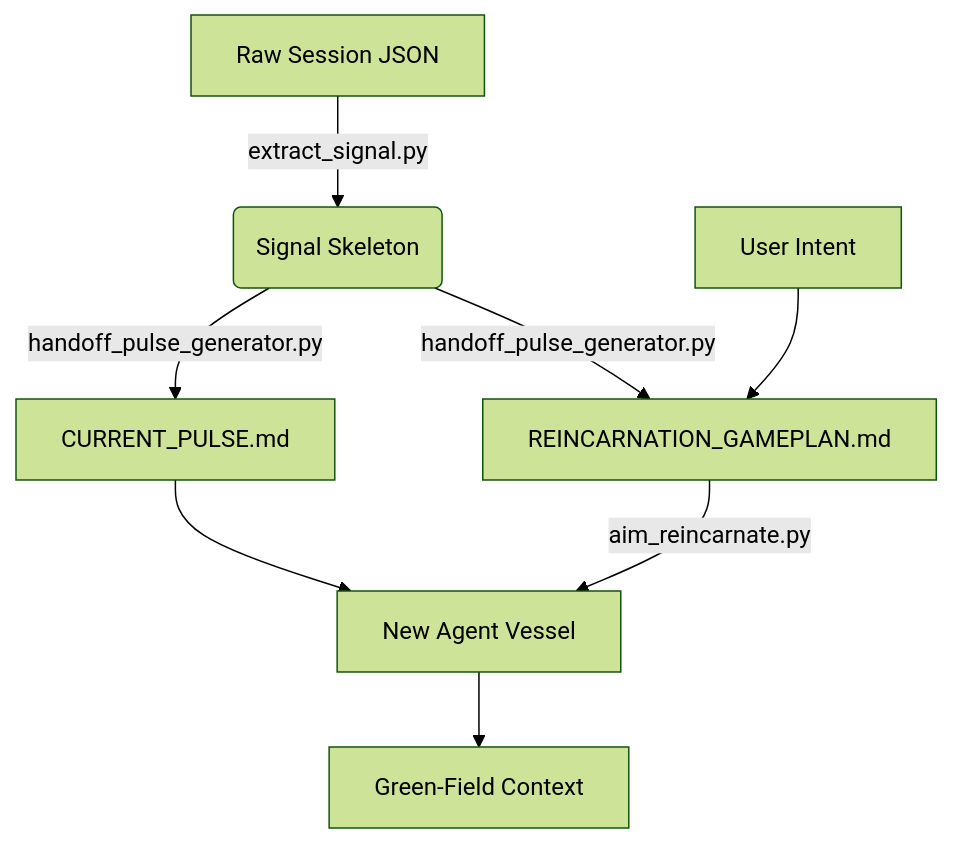
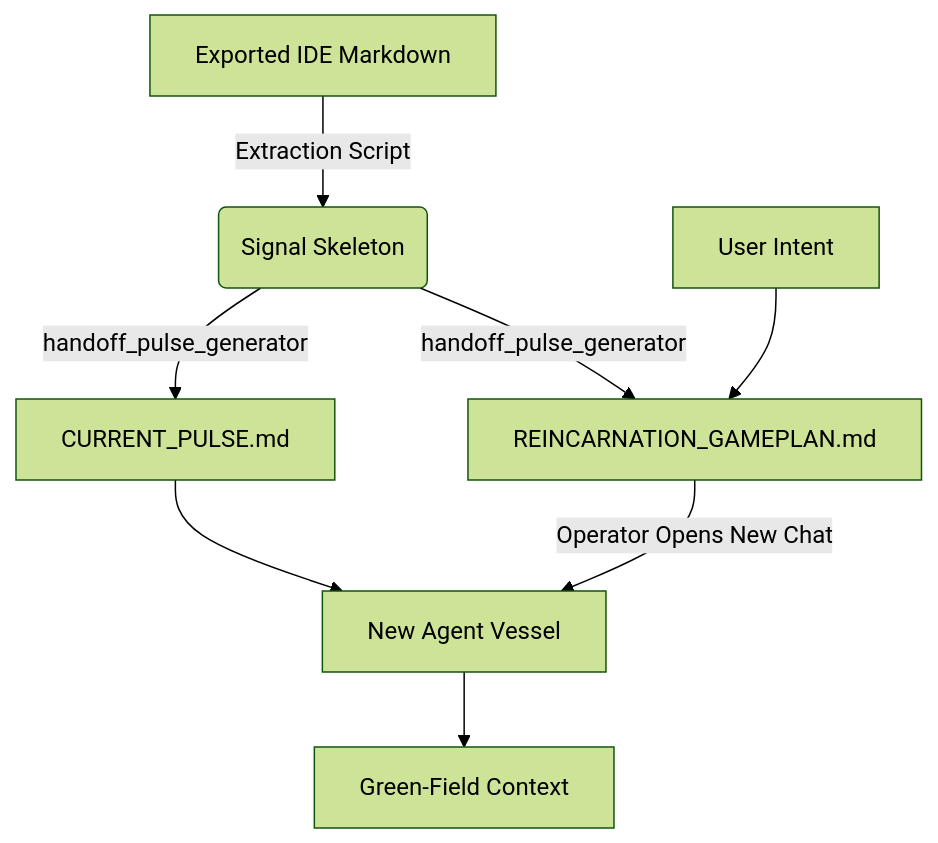
The diagram in antigravity.wiki/Reincarnation-Map.md (BrianV1981/aim-antigravity), drawn with Mermaid (forest theme) before and after one commit. The commit also changed other lines of this file, not shown here.

Commit message:
docs: rewrite Reincarnation Map highlighting the IDE File-Based handoffs over legacy tmux

````diff
--- a/antigravity.wiki/Reincarnation-Map.md
+++ b/antigravity.wiki/Reincarnation-Map.md
@@ -49,10 +48,10 @@
 ```mermaid
 graph TD
-    A[Raw Session JSON] -->|extract_signal.py| B(Signal Skeleton)
-    B -->|handoff_pulse_generator.py| C[REINCARNATION_GAMEPLAN.md]
-    B -->|handoff_pulse_generator.py| D[CURRENT_PULSE.md]
+    A[Exported IDE Markdown] -->|Extraction Script| B(Signal Skeleton)
+    B -->|handoff_pulse_generator| C[REINCARNATION_GAMEPLAN.md]
+    B -->|handoff_pulse_generator| D[CURRENT_PULSE.md]
     E[User Intent] --> C
-    C -->|aim_reincarnate.py| F[New Agent Vessel]
+    C -->|Operator Opens New Chat| F[New Agent Vessel]
     D --> F
     F --> G[Green-Field Context]
 ```
````
